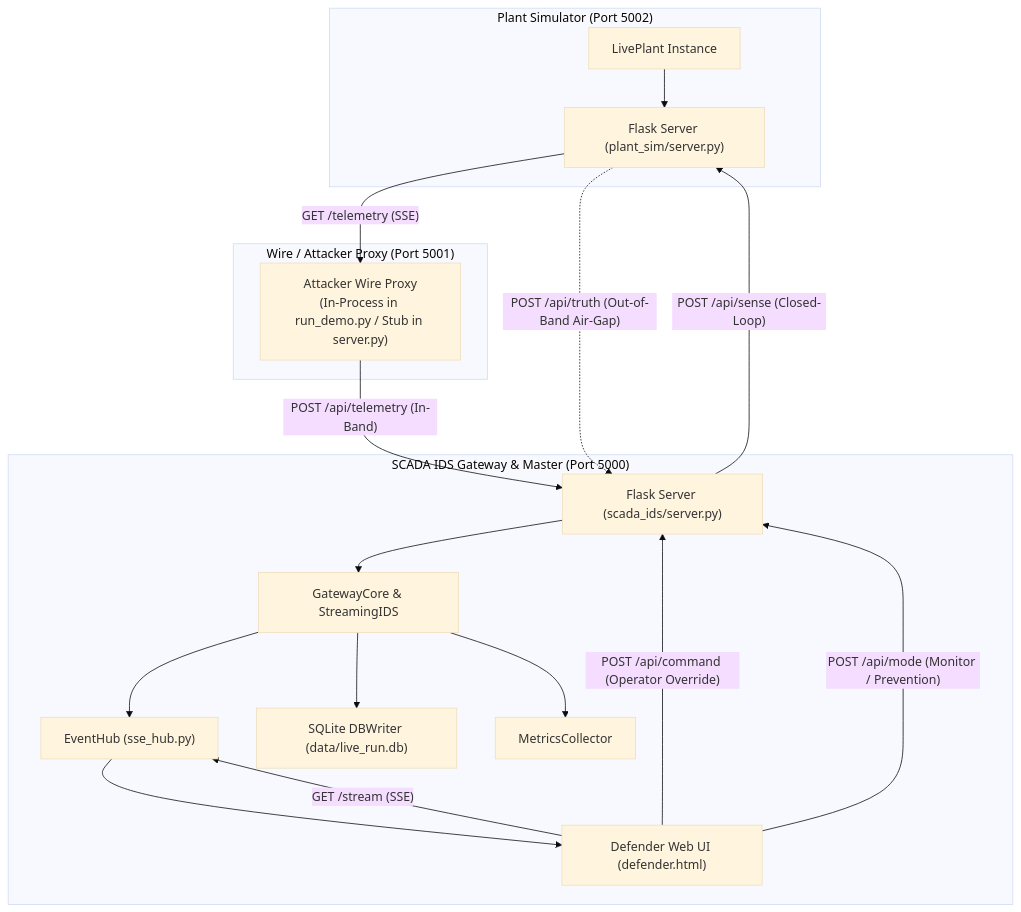
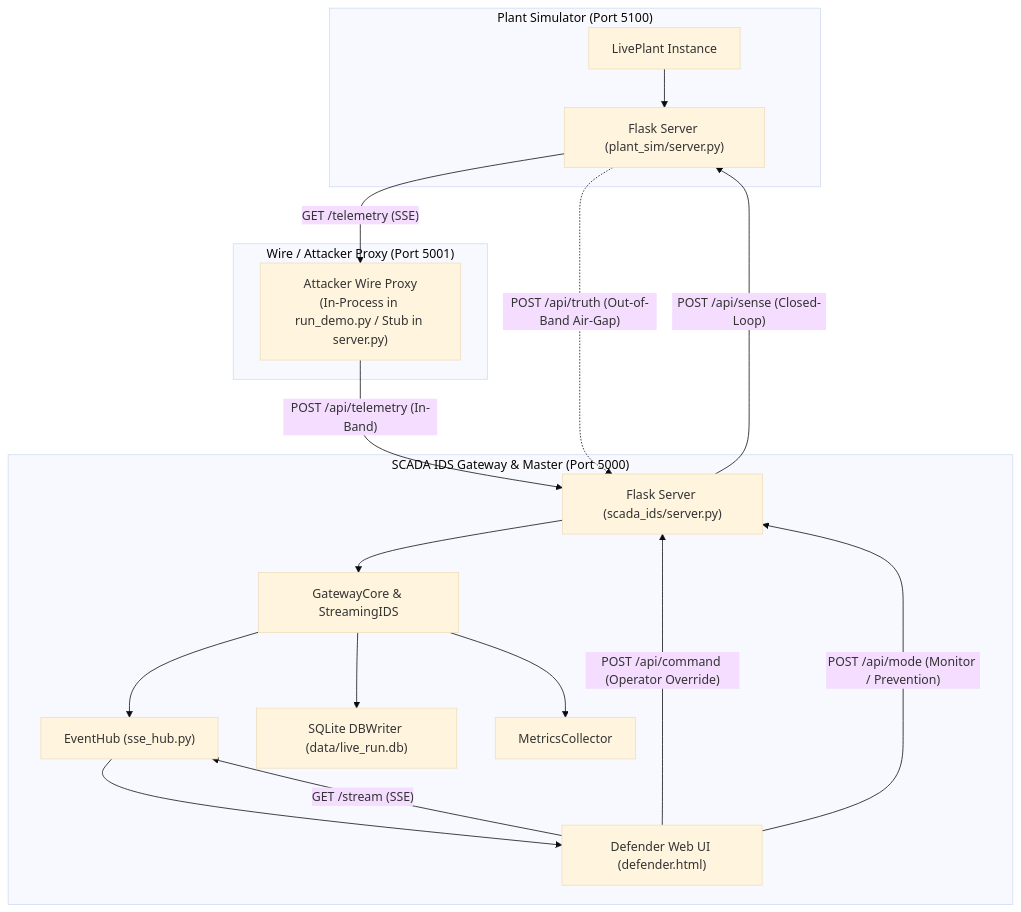
Before and after one commit to 1varun0/scada: the first of 3 diagrams in docs_v2/05_API_AND_PACKET_REFERENCE.md, drawn with Mermaid (base theme). The commit also changed other lines of this file, not shown here.

Commit message:
docs_v2: 05_API_AND_PACKET_REFERENCE.md port 5100 correction

````diff
--- a/docs_v2/05_API_AND_PACKET_REFERENCE.md
+++ b/docs_v2/05_API_AND_PACKET_REFERENCE.md
@@ -16,35 +16,35 @@
 ```mermaid
 flowchart TD
-    subgraph Tier1["Plant Simulator (Port 5002)"]
+    subgraph Tier1["Plant Simulator (Port 5100)"]
         PS["LivePlant Instance"]
         PSServer["Flask Server (plant_sim/server.py)"]
         PS --> PSServer
     end
 
     subgraph Tier2["Wire / Attacker Proxy (Port 5001)"]
         AW["Attacker Wire Proxy<br/>(In-Process in run_demo.py / Stub in server.py)"]
     end
 
     subgraph Tier3["SCADA IDS Gateway & Master (Port 5000)"]
         GC["GatewayCore & StreamingIDS"]
         IDSServer["Flask Server (scada_ids/server.py)"]
         HUB["EventHub (sse_hub.py)"]
         UI["Defender Web UI (defender.html)"]
         DB["SQLite DBWriter (data/live_run.db)"]
         MET["MetricsCollector"]
         
         IDSServer --> GC
         GC --> HUB
         GC --> DB
         GC --> MET
         HUB --> UI
     end
 
     PSServer -- "GET /telemetry (SSE)" --> AW
     AW -- "POST /api/telemetry (In-Band)" --> IDSServer
     PSServer -. "POST /api/truth (Out-of-Band Air-Gap)" .-> IDSServer
     IDSServer -- "POST /api/sense (Closed-Loop)" --> PSServer
     UI -- "GET /stream (SSE)" --> HUB
     UI -- "POST /api/command (Operator Override)" --> IDSServer
     UI -- "POST /api/mode (Monitor / Prevention)" --> IDSServer
 ```
````
